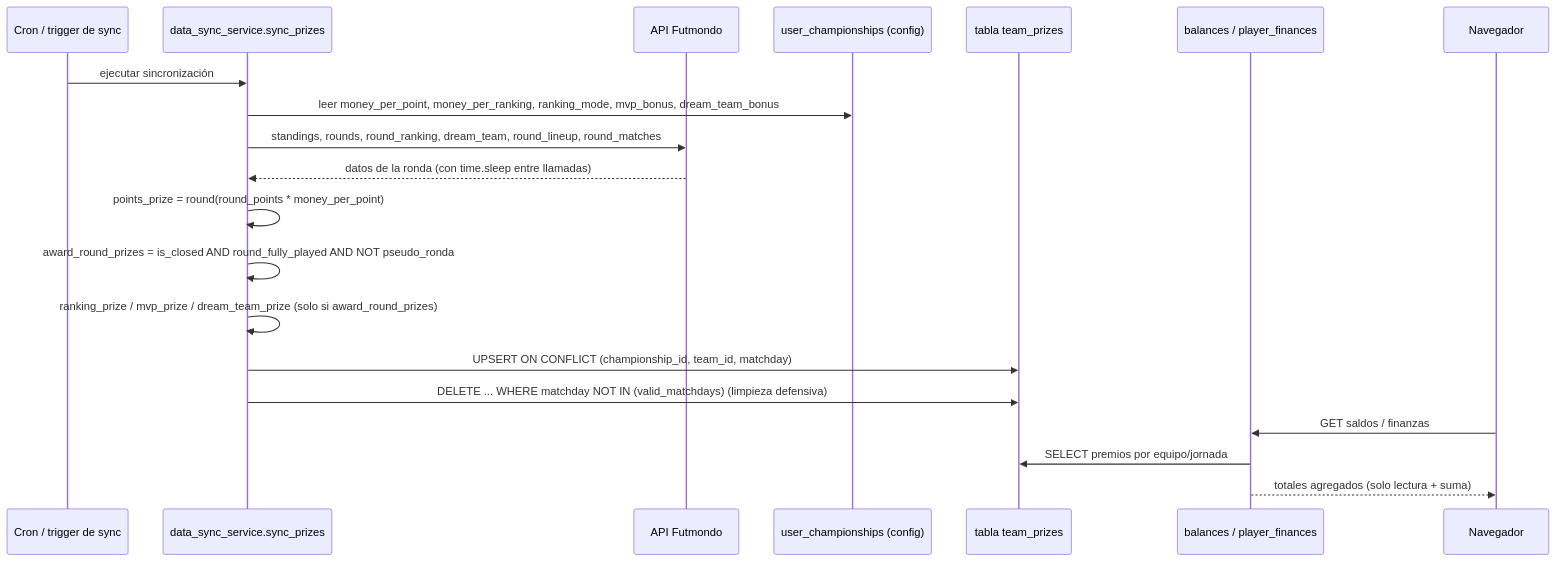
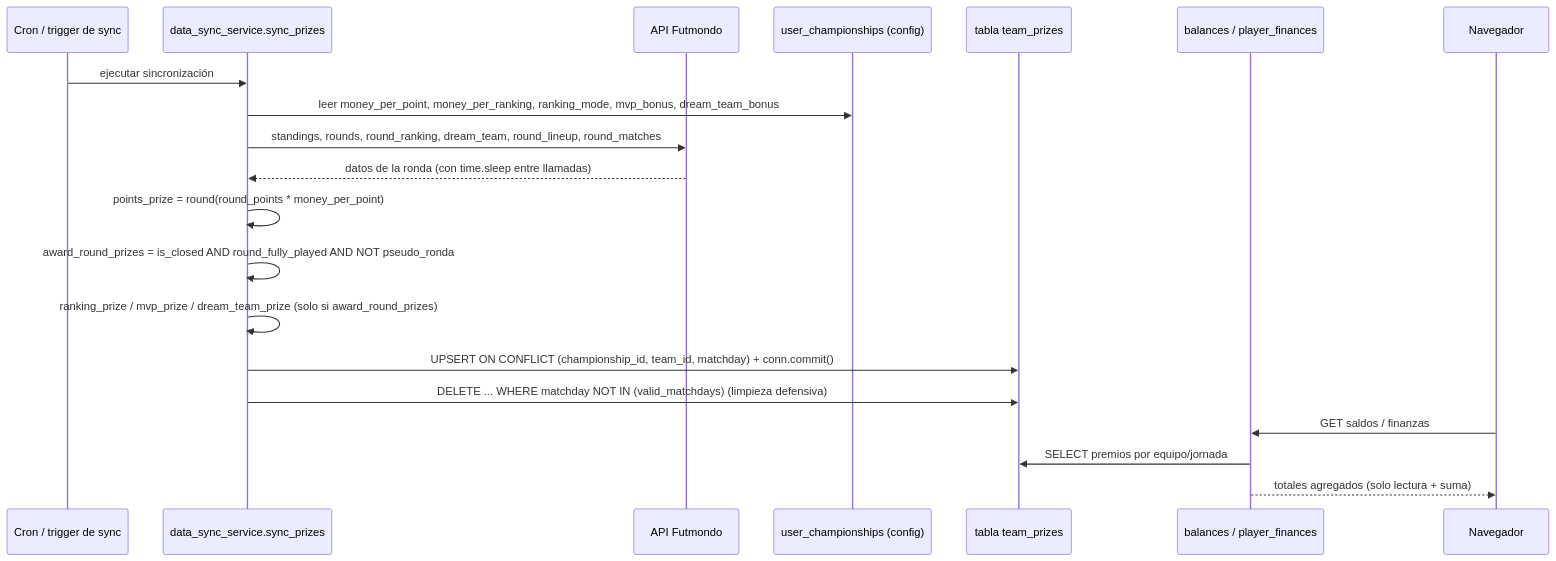
One commit to Mutinho/futmondo-analytics changed the fourth of 8 diagrams in aidlc/spaces/default/codekb/futmondo-analytics/architecture.md. Above: the diagram before and after it, drawn with Mermaid. The commit also changed other lines of this file and 175 other files, not shown here.

````diff
--- a/aidlc/spaces/default/codekb/futmondo-analytics/architecture.md
+++ b/aidlc/spaces/default/codekb/futmondo-analytics/architecture.md
@@ -109,23 +142,23 @@
 ```mermaid
 sequenceDiagram
     participant Cron as Cron / trigger de sync
     participant SP as data_sync_service.sync_prizes
     participant F as API Futmondo
     participant Cfg as user_championships (config)
     participant TP as tabla team_prizes
     participant EP as balances / player_finances
     participant U as Navegador
 
     Cron->>SP: ejecutar sincronización
     SP->>Cfg: leer money_per_point, money_per_ranking, ranking_mode, mvp_bonus, dream_team_bonus
     SP->>F: standings, rounds, round_ranking, dream_team, round_lineup, round_matches
     F-->>SP: datos de la ronda (con time.sleep entre llamadas)
     SP->>SP: points_prize = round(round_points * money_per_point)
     SP->>SP: award_round_prizes = is_closed AND round_fully_played AND NOT pseudo_ronda
     SP->>SP: ranking_prize / mvp_prize / dream_team_prize (solo si award_round_prizes)
-    SP->>TP: UPSERT ON CONFLICT (championship_id, team_id, matchday)
+    SP->>TP: UPSERT ON CONFLICT (championship_id, team_id, matchday) + conn.commit()
     SP->>TP: DELETE ... WHERE matchday NOT IN (valid_matchdays) (limpieza defensiva)
     U->>EP: GET saldos / finanzas
     EP->>TP: SELECT premios por equipo/jornada
     EP-->>U: totales agregados (solo lectura + suma)
 ```
````
